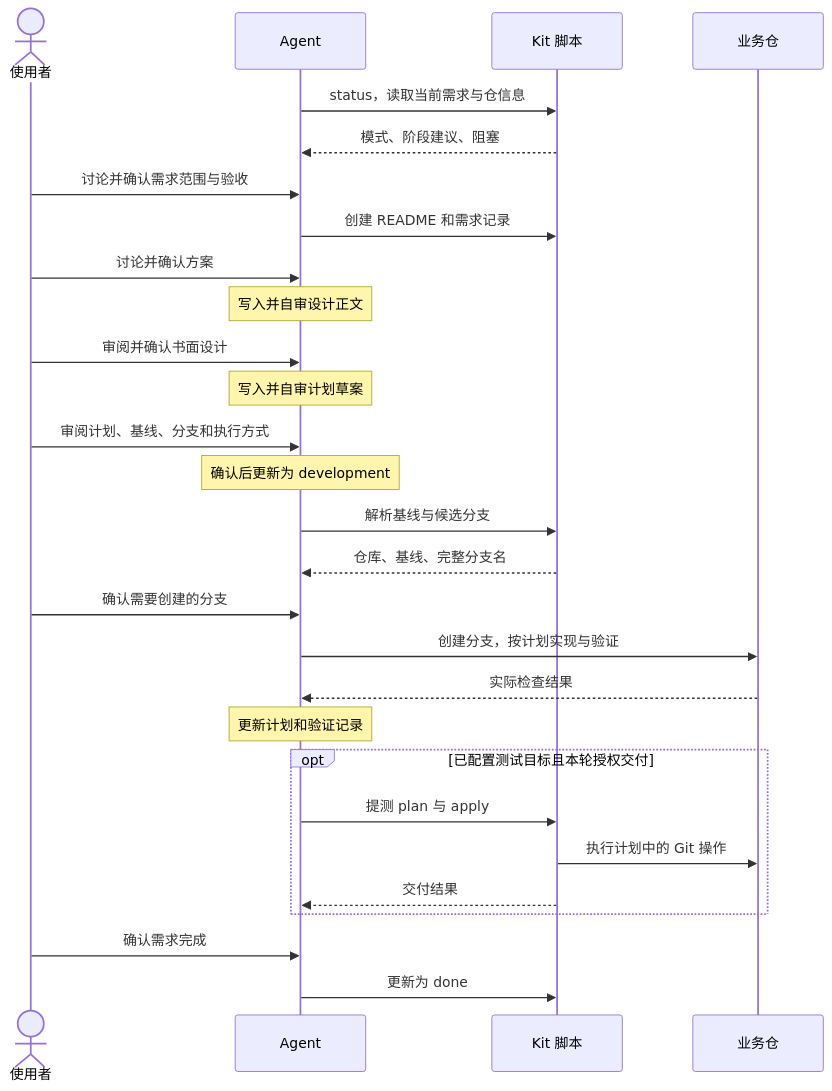
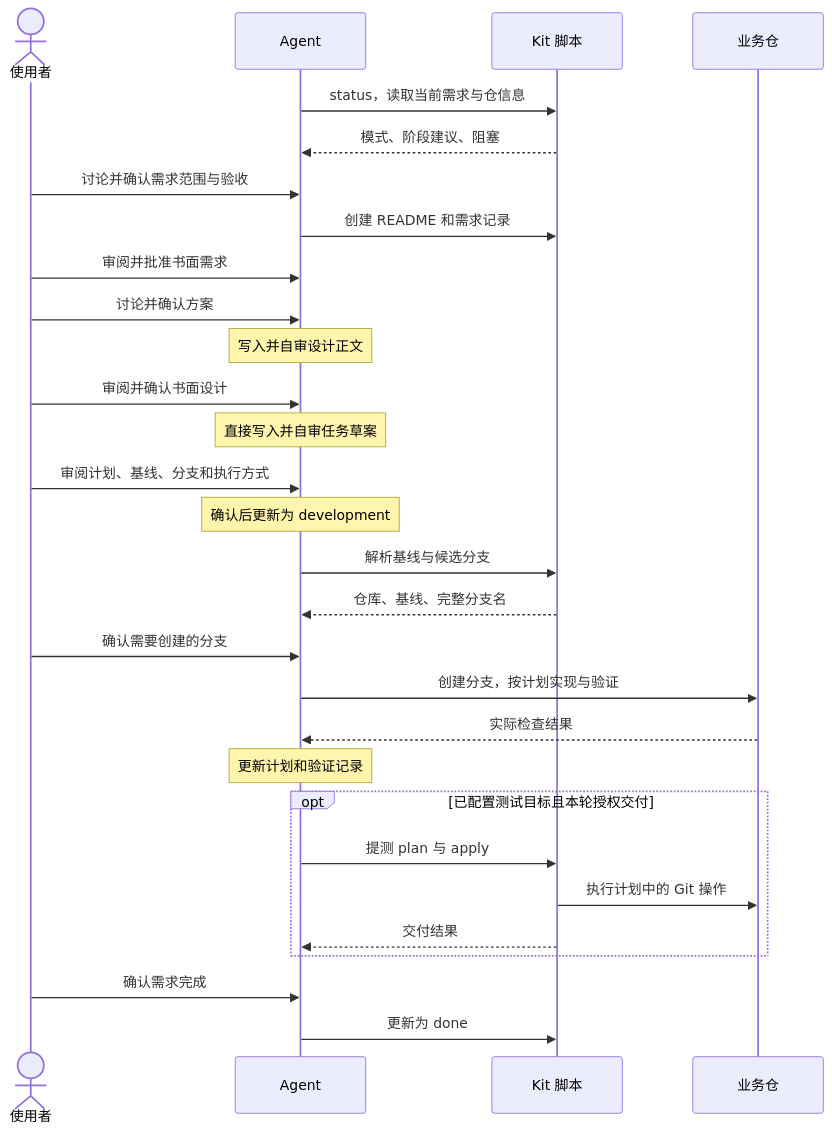
One commit to sandy-hmb/agent-workbench changed the second of 5 diagrams in docs/architecture.md. Above: the diagram before and after it, drawn with Mermaid. The commit also changed other lines of this file and 9 other files, not shown here.

````diff
--- a/docs/architecture.md
+++ b/docs/architecture.md
@@ -79,30 +79,31 @@
 ```mermaid
 sequenceDiagram
     actor U as 使用者
     participant A as Agent
     participant K as Kit 脚本
     participant R as 业务仓
     A->>K: status，读取当前需求与仓信息
     K-->>A: 模式、阶段建议、阻塞
     U->>A: 讨论并确认需求范围与验收
     A->>K: 创建 README 和需求记录
+    U->>A: 审阅并批准书面需求
     U->>A: 讨论并确认方案
     Note over A: 写入并自审设计正文
     U->>A: 审阅并确认书面设计
-    Note over A: 写入并自审计划草案
+    Note over A: 直接写入并自审任务草案
     U->>A: 审阅计划、基线、分支和执行方式
     Note over A: 确认后更新为 development
     A->>K: 解析基线与候选分支
     K-->>A: 仓库、基线、完整分支名
     U->>A: 确认需要创建的分支
     A->>R: 创建分支，按计划实现与验证
     R-->>A: 实际检查结果
     Note over A: 更新计划和验证记录
     opt 已配置测试目标且本轮授权交付
         A->>K: 提测 plan 与 apply
         K->>R: 执行计划中的 Git 操作
         K-->>A: 交付结果
     end
     U->>A: 确认需求完成
     A->>K: 更新为 done
 ```
````
